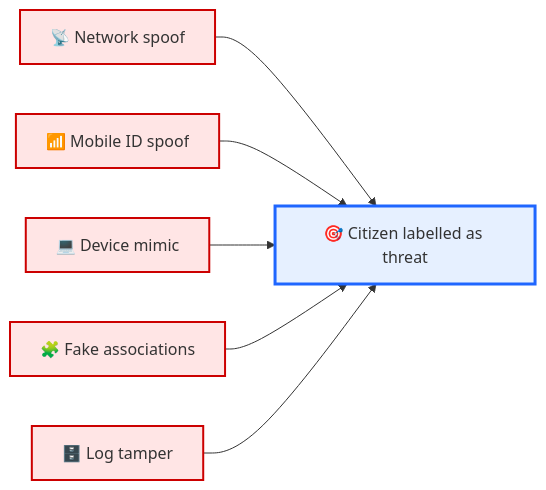
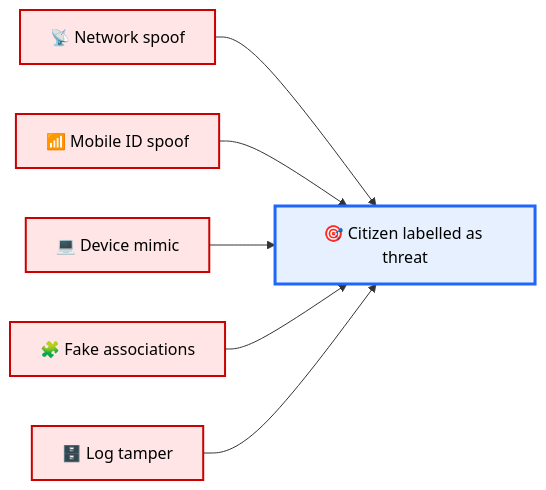
The third of 7 diagrams in Polaris_Nest/Git_Intake_Drawer/⚖️_surveillance_osa_citizen_forking_meganode.md (josefsbreakfast/Polaris-Protocol), drawn with Mermaid before and after one commit. The commit also changed other lines of this file, not shown here.

````diff
--- a/Polaris_Nest/Git_Intake_Drawer/⚖️_surveillance_osa_citizen_forking_meganode.md
+++ b/Polaris_Nest/Git_Intake_Drawer/⚖️_surveillance_osa_citizen_forking_meganode.md
@@ -112,18 +110,18 @@
 ```mermaid
 graph LR
     RISK["🎯 Citizen labelled as threat"]:::core
     NET["📡 Network spoof"]:::attack
     MOB["📶 Mobile ID spoof"]:::attack
     DEV["💻 Device mimic"]:::attack
     ASSOC["🧩 Fake associations"]:::attack
     LOGS["🗄️ Log tamper"]:::attack
 
     NET --> RISK
     MOB --> RISK
     DEV --> RISK
     ASSOC --> RISK
     LOGS --> RISK
 
-    classDef core fill:#e6f0ff,stroke:#1f66ff,stroke-width:3px;
-    classDef attack fill:#ffe5e5,stroke:#cc0000,stroke-width:2px;
+    classDef core fill:#e6f0ff,stroke:#1f66ff,stroke-width:3px,color:#000000;
+    classDef attack fill:#ffe5e5,stroke:#cc0000,stroke-width:2px,color:#000000;
 ```
````
